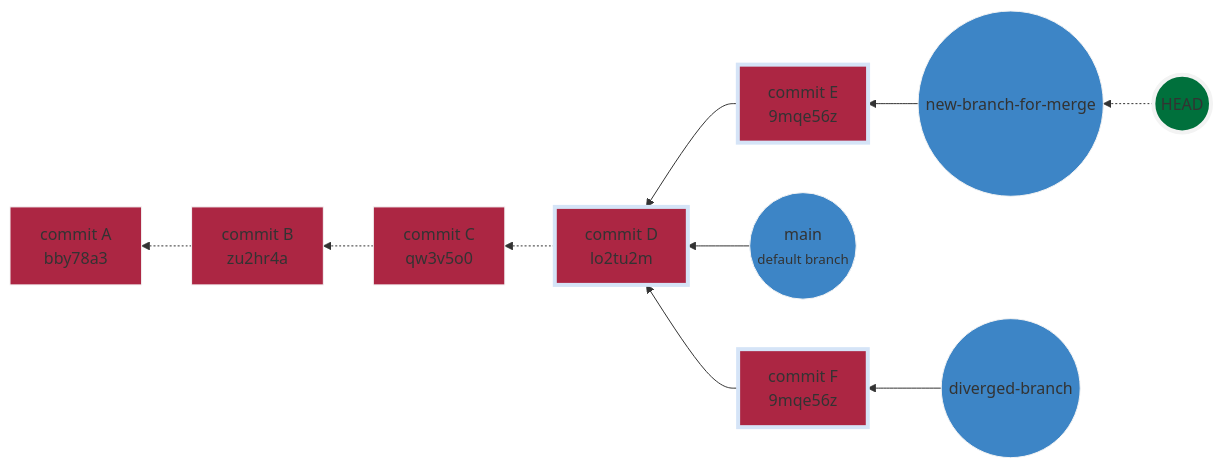
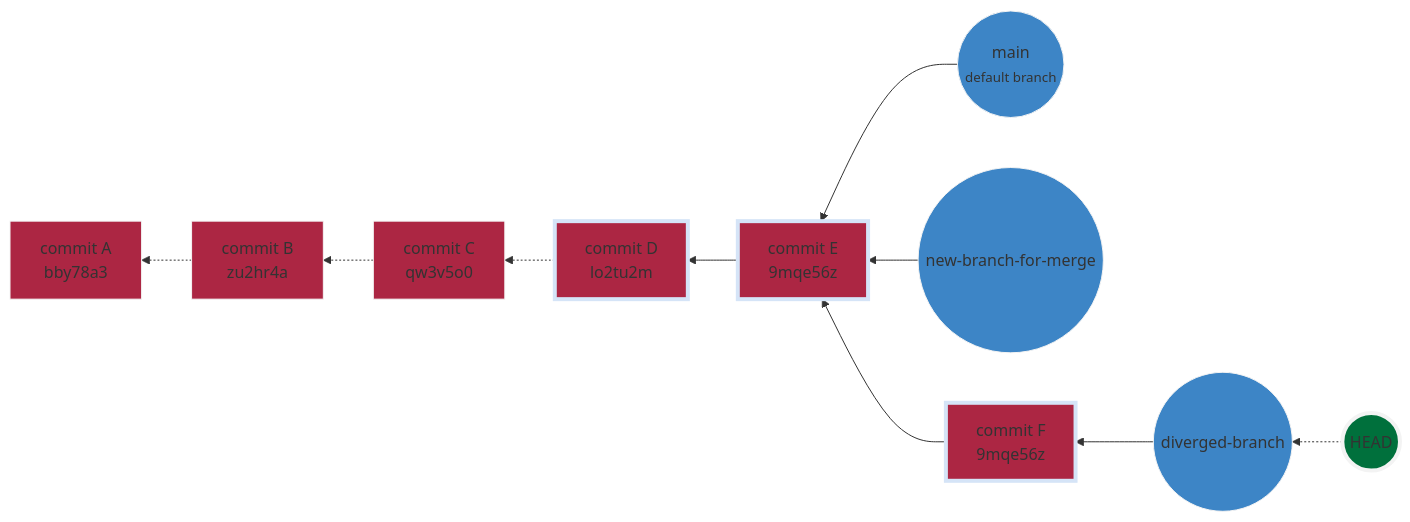
Diagram 20 of 21 in README.md (ganeshk627/source-control-with-git), drawn with Mermaid before and after one commit. The commit also changed other lines of this file, not shown here.

````diff
--- a/README.md
+++ b/README.md
@@ -828,35 +868,35 @@
 ```mermaid
 graph RL
     A[commit A<br>bby78a3]
     B[commit B<br>zu2hr4a]
     C[commit C<br>qw3v5o0]
     D[commit D<br>lo2tu2m]
     E[commit E<br>9mqe56z]
     F[commit F<br>9mqe56z]
     I((main <br> <small>default branch<small/>))
     J((new-branch-for-merge))
     H((HEAD))
     K((diverged-branch))
 
     B -.-> A
     C -.-> B
     D -.-> C
     E --> D
-    I --> D
-    H -.-> J
+    I --> E
+    H -.-> K
     J --> E
-    F --> D
+    F --> E
     K --> F
 
 
     style H fill:#00703c,stroke:#f3f3f3,stroke-width:4px;
     style F fill:#ac2643,stroke:#d5e4f7,stroke-width:4px;
     style E fill:#ac2643,stroke:#d5e4f7,stroke-width:4px;
     style D fill:#ac2643,stroke:#d5e4f7,stroke-width:4px;
     style C fill:#ac2643,stroke:#f3f3f3,stroke-width:1px;
     style B fill:#ac2643,stroke:#f3f3f3,stroke-width:1px;
     style A fill:#ac2643,stroke:#f3f3f3,stroke-width:1px;
     style I fill:#3d85c6,stroke:#f3f3f3,stroke-width:1px;
     style J fill:#3d85c6,stroke:#f3f3f3,stroke-width:1px;
     style K fill:#3d85c6,stroke:#f3f3f3,stroke-width:1px;
 ```
````
